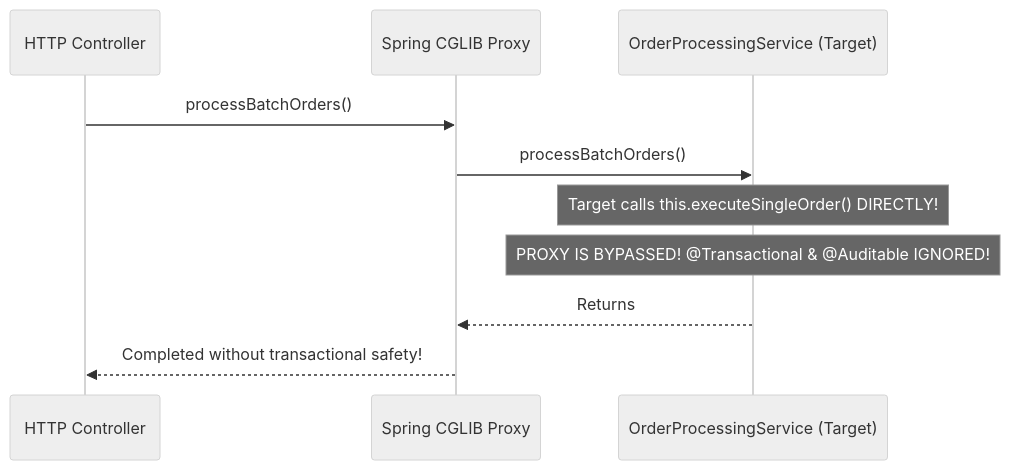
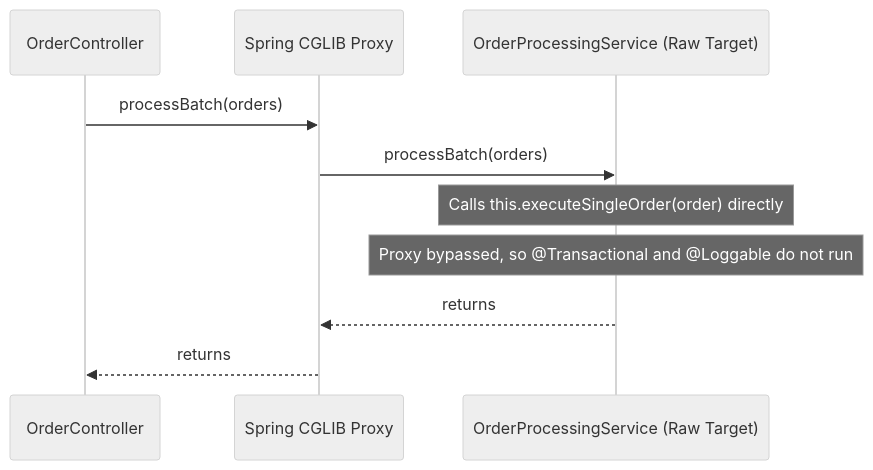
One commit to ravishankar2463/java_hub changed the third of 4 diagrams in content/roadmap/level-8/aspect-oriented-programming-aop.md. Above: the diagram before and after it, drawn with Mermaid (neutral theme). The commit also changed other lines of this file and 119 other files, not shown here.

Commit message:
feat: add comprehensive java learning roadmap content across multiple levels

````diff
--- a/content/roadmap/level-8/aspect-oriented-programming-aop.md
+++ b/content/roadmap/level-8/aspect-oriented-programming-aop.md
@@ -137,13 +177,13 @@
 ```mermaid
 sequenceDiagram
-    participant Controller as HTTP Controller
+    participant Controller as OrderController
     participant Proxy as Spring CGLIB Proxy
-    participant Target as OrderProcessingService (Target)
+    participant Target as OrderProcessingService (Raw Target)
 
-    Controller->>Proxy: processBatchOrders()
-    Proxy->>Target: processBatchOrders()
-    Note over Target: Target calls this.executeSingleOrder() DIRECTLY!
-    Note over Target: PROXY IS BYPASSED! @Transactional & @Auditable IGNORED!
-    Target-->>Proxy: Returns
-    Proxy-->>Controller: Completed without transactional safety!
+    Controller->>Proxy: processBatch(orders)
+    Proxy->>Target: processBatch(orders)
+    Note over Target: Calls this.executeSingleOrder(order) directly
+    Note over Target: Proxy bypassed, so @Transactional and @Loggable do not run
+    Target-->>Proxy: returns
+    Proxy-->>Controller: returns
 ```
````
